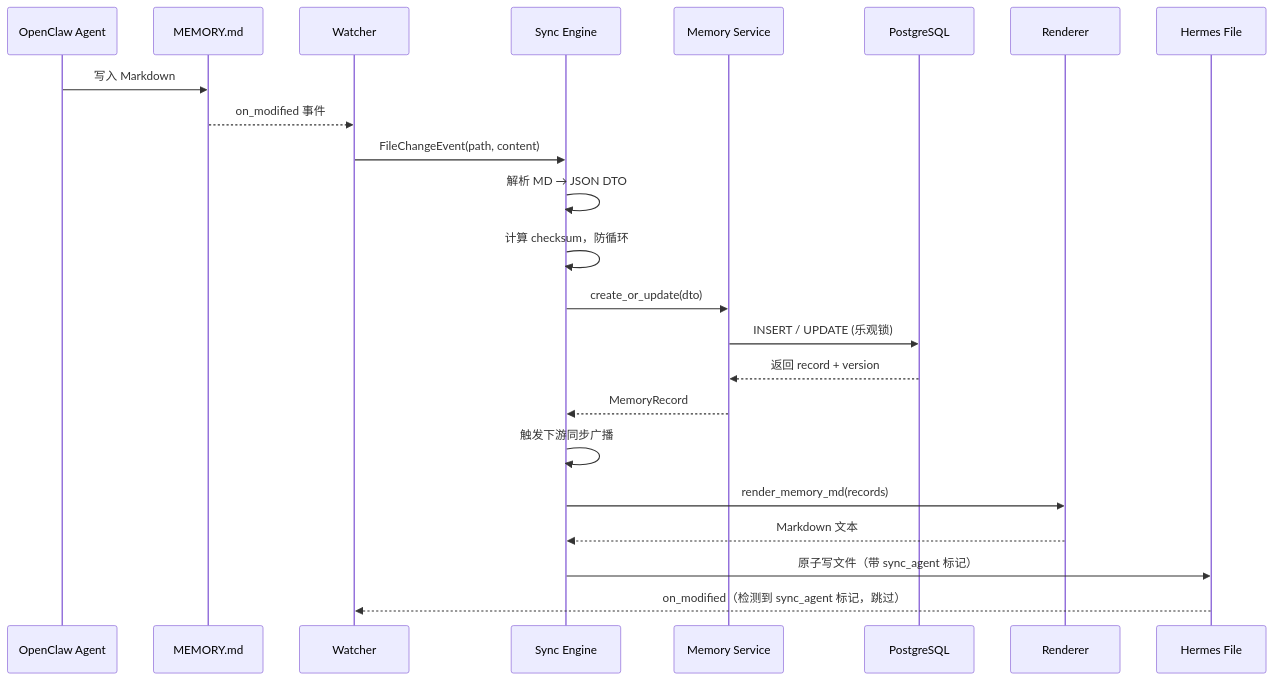
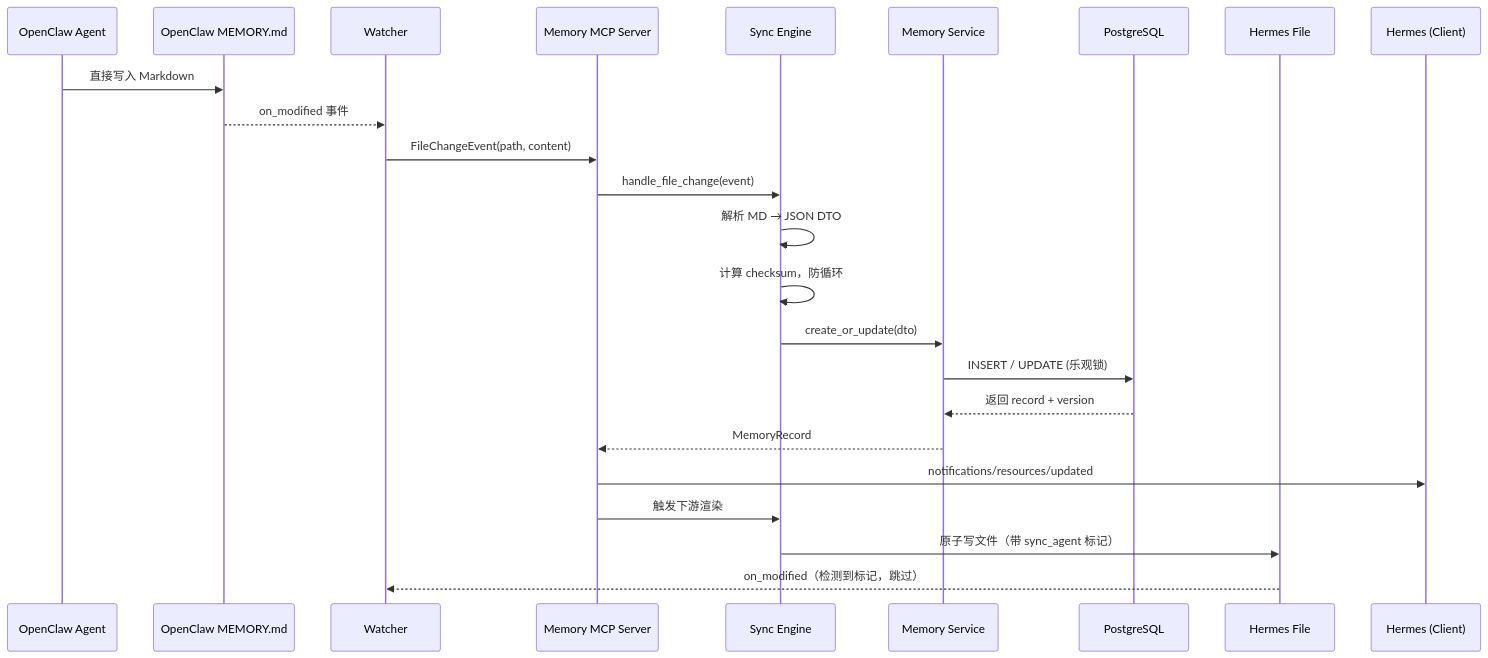
Before and after one commit to chad1987/All-Memory: the second of 4 diagrams in Design.md, drawn with Mermaid. The commit also changed other lines of this file, not shown here.

First line of the commit message:
docs: 将设计升级为 MCP Server 架构 v3.0

````diff
--- a/Design.md
+++ b/Design.md
@@ -682,26 +1115,27 @@
 ```mermaid
 sequenceDiagram
-    participant Agent as OpenClaw Agent
-    participant File as MEMORY.md
+    participant OC as OpenClaw Agent
+    participant OF as OpenClaw MEMORY.md
     participant W as Watcher
+    participant MCP as Memory MCP Server
     participant SE as Sync Engine
     participant MS as Memory Service
     participant DB as PostgreSQL
-    participant R as Renderer
     participant HF as Hermes File
+    participant H as Hermes (Client)
 
-    Agent->>File: 写入 Markdown
-    File-->>W: on_modified 事件
-    W->>SE: FileChangeEvent(path, content)
+    OC->>OF: 直接写入 Markdown
+    OF-->>W: on_modified 事件
+    W->>MCP: FileChangeEvent(path, content)
+    MCP->>SE: handle_file_change(event)
     SE->>SE: 解析 MD → JSON DTO
     SE->>SE: 计算 checksum，防循环
     SE->>MS: create_or_update(dto)
     MS->>DB: INSERT / UPDATE (乐观锁)
     DB-->>MS: 返回 record + version
-    MS-->>SE: MemoryRecord
-    SE->>SE: 触发下游同步广播
-    SE->>R: render_memory_md(records)
-    R-->>SE: Markdown 文本
+    MS-->>MCP: MemoryRecord
+    MCP->>H: notifications/resources/updated
+    MCP->>SE: 触发下游渲染
     SE->>HF: 原子写文件（带 sync_agent 标记）
-    HF-->>W: on_modified（检测到 sync_agent 标记，跳过）
+    HF-->>W: on_modified（检测到标记，跳过）
 ```
````
